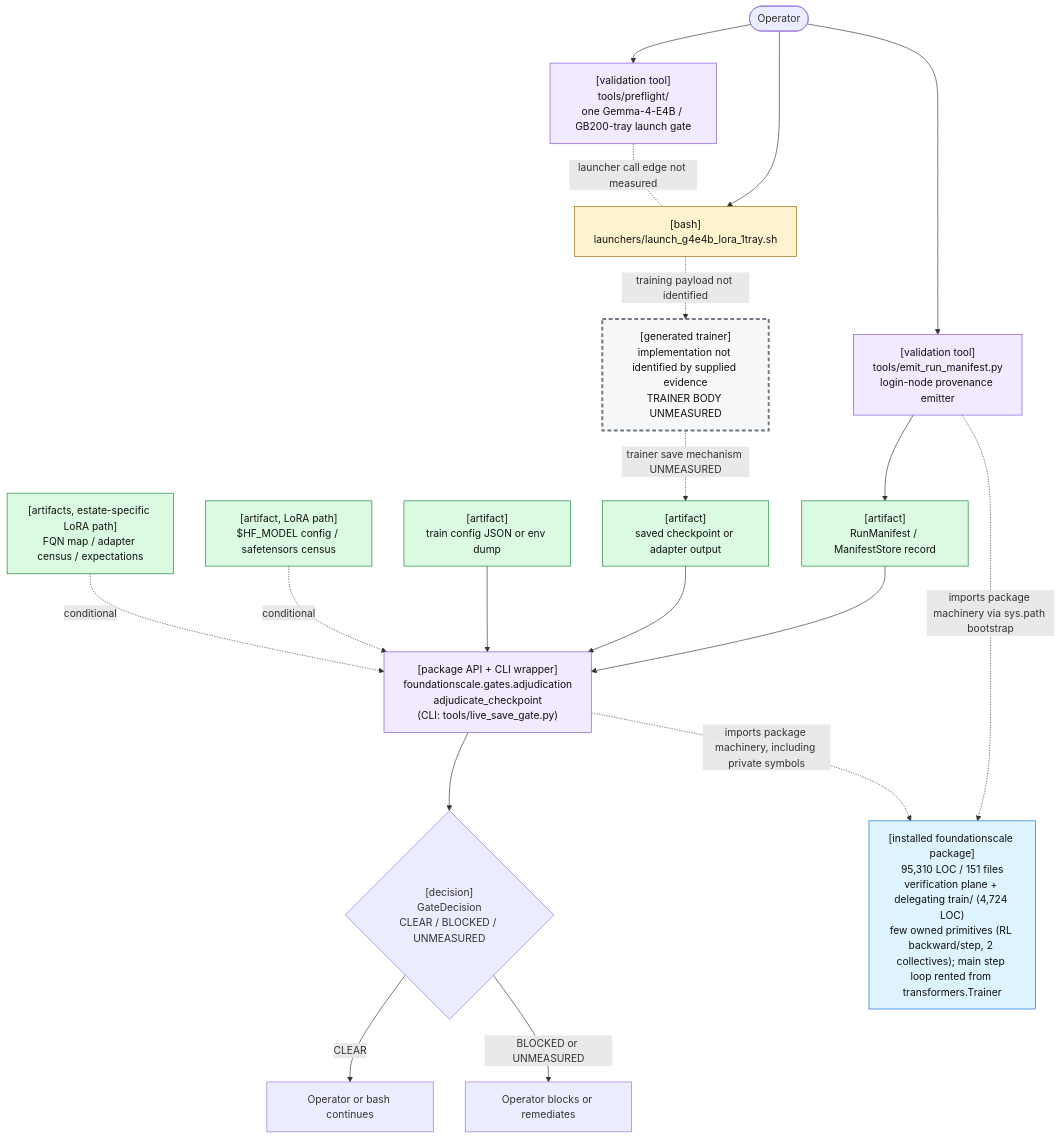
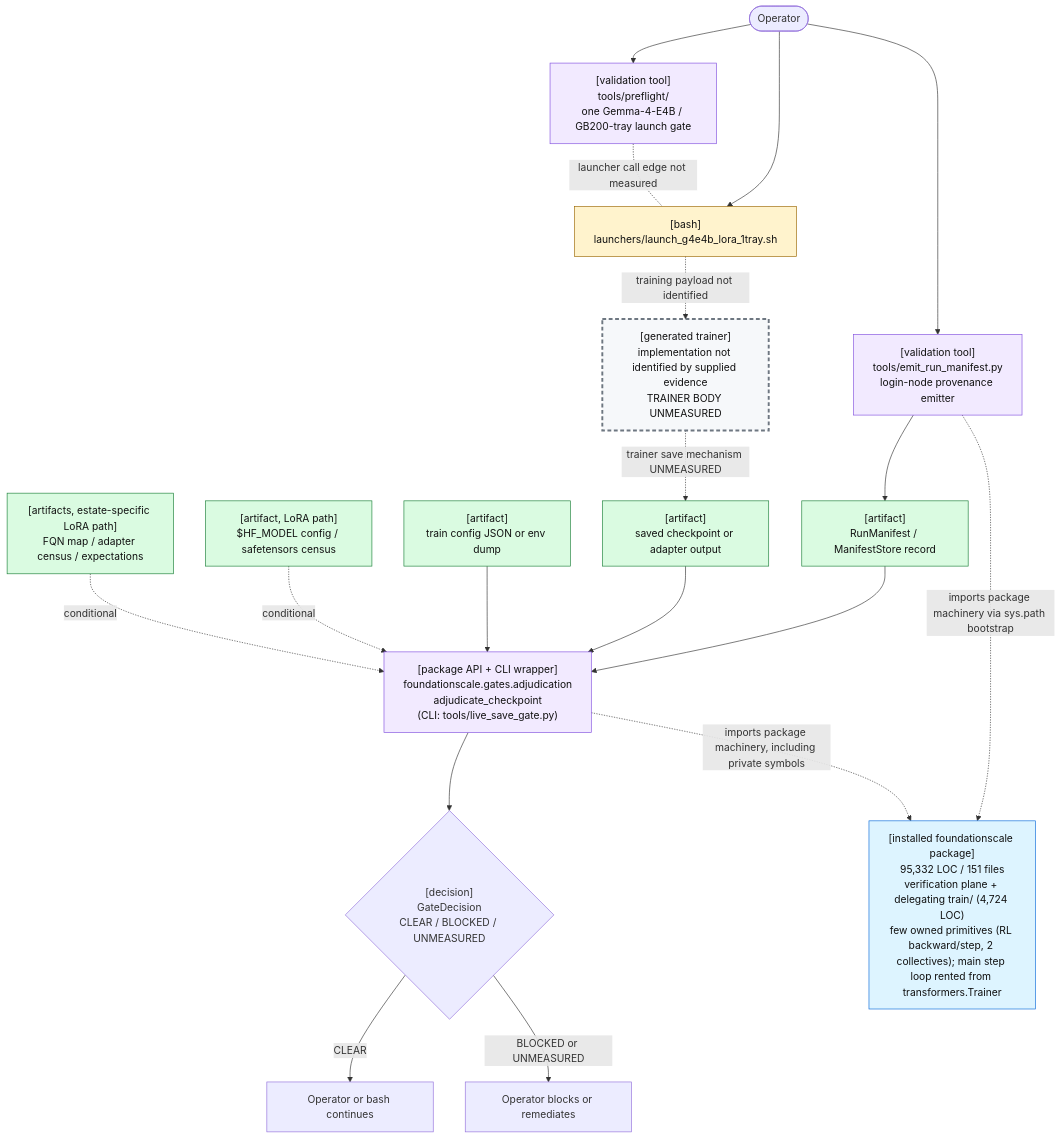
Before and after one commit to TranNhiem/FoundationScale: the first of 2 diagrams in docs/review/D2_current_architecture.md, drawn with Mermaid. The commit also changed other lines of this file and 12 other files, not shown here.

````diff
--- a/docs/review/D2_current_architecture.md
+++ b/docs/review/D2_current_architecture.md
@@ -25,59 +25,59 @@
 ```mermaid
 flowchart TB
   O(["Operator"])
 
   PF["[validation tool]<br/>tools/preflight/<br/>one Gemma-4-E4B / GB200-tray launch gate"]
   L["[bash]<br/>launchers/launch_g4e4b_lora_1tray.sh"]
 
   E["[validation tool]<br/>tools/emit_run_manifest.py<br/>login-node provenance emitter"]
   M["[artifact]<br/>RunManifest / ManifestStore record"]
 
   T["[generated trainer]<br/>implementation not identified by supplied evidence<br/>TRAINER BODY UNMEASURED"]
   C["[artifact]<br/>saved checkpoint or adapter output"]
 
   G["[package API + CLI wrapper]<br/>foundationscale.gates.adjudication<br/>adjudicate_checkpoint<br/>(CLI: tools/live_save_gate.py)"]
   CFG["[artifact]<br/>train config JSON or env dump"]
   BASE["[artifact, LoRA path]<br/>$HF_MODEL config / safetensors census"]
   CEN["[artifacts, estate-specific LoRA path]<br/>FQN map / adapter census / expectations"]
 
   D{"[decision]<br/>GateDecision<br/>CLEAR / BLOCKED / UNMEASURED"}
   OK["Operator or bash continues"]
   NO["Operator blocks or remediates"]
 
-  PKG["[installed foundationscale package]<br/>95,310 LOC / 151 files<br/>verification plane + delegating train/ (4,724 LOC)<br/>few owned primitives (RL backward/step, 2 collectives); main step loop rented from transformers.Trainer"]
+  PKG["[installed foundationscale package]<br/>95,332 LOC / 151 files<br/>verification plane + delegating train/ (4,724 LOC)<br/>few owned primitives (RL backward/step, 2 collectives); main step loop rented from transformers.Trainer"]
 
   O --> PF
   O --> L
   PF -. "launcher call edge not measured" .- L
 
   O --> E
   E --> M
 
   L -. "training payload not identified" .-> T
   T -. "trainer save mechanism UNMEASURED" .-> C
 
   M --> G
   C --> G
   CFG --> G
   BASE -. "conditional" .-> G
   CEN -. "conditional" .-> G
 
   E -. "imports package machinery via sys.path bootstrap" .-> PKG
   G -. "imports package machinery, including private symbols" .-> PKG
 
   G --> D
   D -->|"CLEAR"| OK
   D -->|"BLOCKED or UNMEASURED"| NO
 
   classDef bash fill:#fff3cd,stroke:#9a6700,color:#111;
   classDef tool fill:#f2eaff,stroke:#8250df,color:#111;
   classDef artifact fill:#dafbe1,stroke:#1a7f37,color:#111;
   classDef gap fill:#f6f8fa,stroke:#6e7781,stroke-width:3px,stroke-dasharray: 6 4,color:#111;
   classDef pkg fill:#ddf4ff,stroke:#0969da,color:#111;
 
   class L bash;
   class PF,E,G tool;
   class M,C,CFG,BASE,CEN artifact;
   class T gap;
   class PKG pkg;
 ```
````
